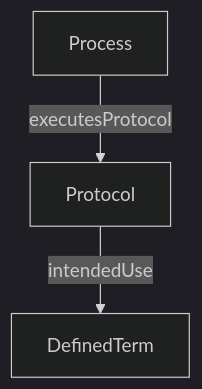
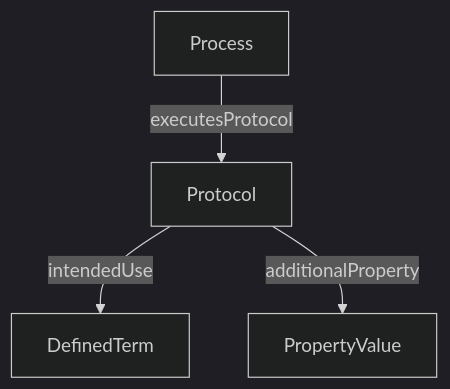
One commit to HLWeil/ProcessCore changed the diagram in spec/core/Protocol.md. Above: the diagram before and after it, drawn with Mermaid (dark theme). The commit also changed other lines of this file and 17 other files, not shown here.

````diff
--- a/spec/core/Protocol.md
+++ b/spec/core/Protocol.md
@@ -25,5 +26,6 @@
 ```mermaid
 flowchart TD
     Process --executesProtocol--> Protocol
     Protocol --intendedUse--> DefinedTerm
+    Protocol --additionalProperty--> PropertyValue
 ```
````
